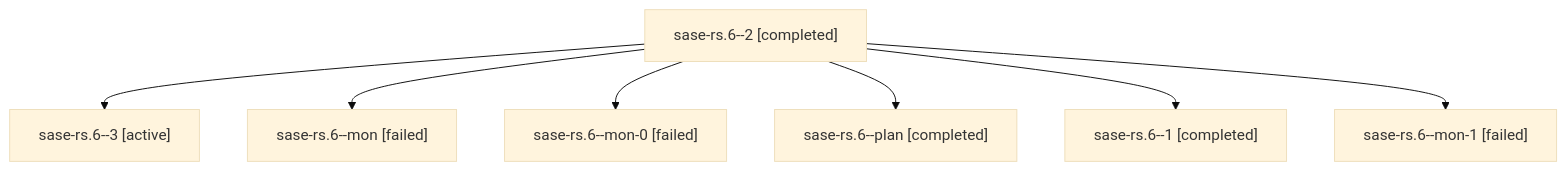
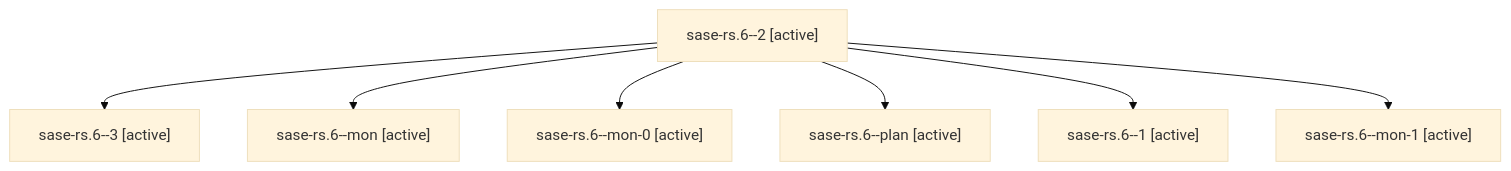
One commit to sase-org/sase--agents changed the diagram in families/bbugyi200.athena.sase-rs.6.md. Above: the diagram before and after it, drawn with Mermaid (base theme). The commit also changed other lines of this file and 35830 other files, not shown here.

````diff
--- a/families/bbugyi200.athena.sase-rs.6.md
+++ b/families/bbugyi200.athena.sase-rs.6.md
@@ -9,16 +9,16 @@
 ```mermaid
 flowchart TD
-  n0["sase-rs.6--2 [completed]"]
+  n0["sase-rs.6--2 [active]"]
   n1["sase-rs.6--3 [active]"]
   n0 --> n1
-  n2["sase-rs.6--mon [failed]"]
+  n2["sase-rs.6--mon [active]"]
   n0 --> n2
-  n3["sase-rs.6--mon-0 [failed]"]
+  n3["sase-rs.6--mon-0 [active]"]
   n0 --> n3
-  n4["sase-rs.6--plan [completed]"]
+  n4["sase-rs.6--plan [active]"]
   n0 --> n4
-  n5["sase-rs.6--1 [completed]"]
+  n5["sase-rs.6--1 [active]"]
   n0 --> n5
-  n6["sase-rs.6--mon-1 [failed]"]
+  n6["sase-rs.6--mon-1 [active]"]
   n0 --> n6
 ```
````
